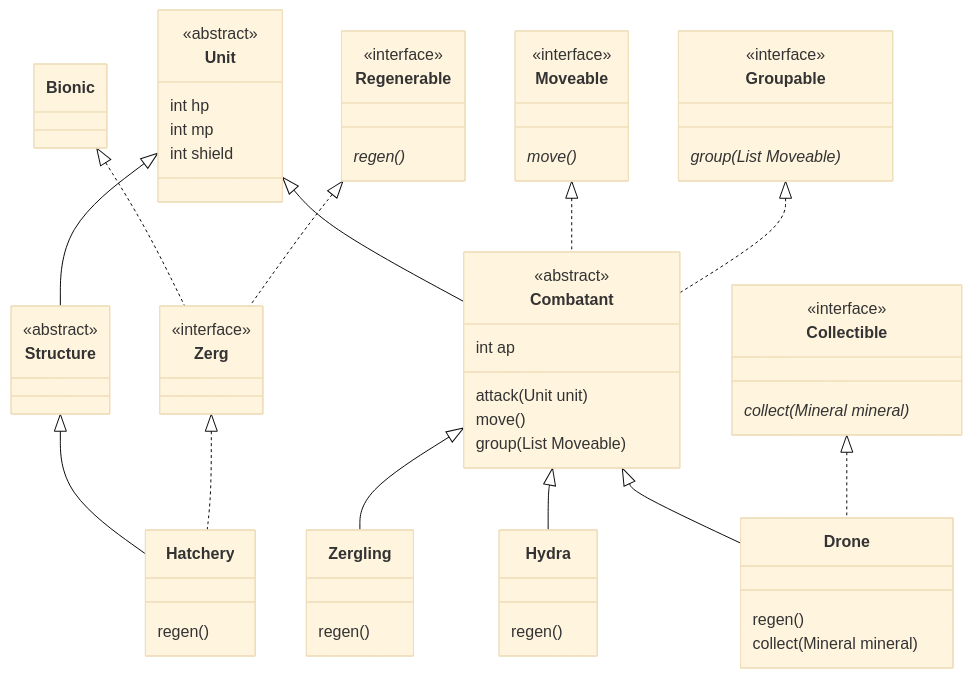
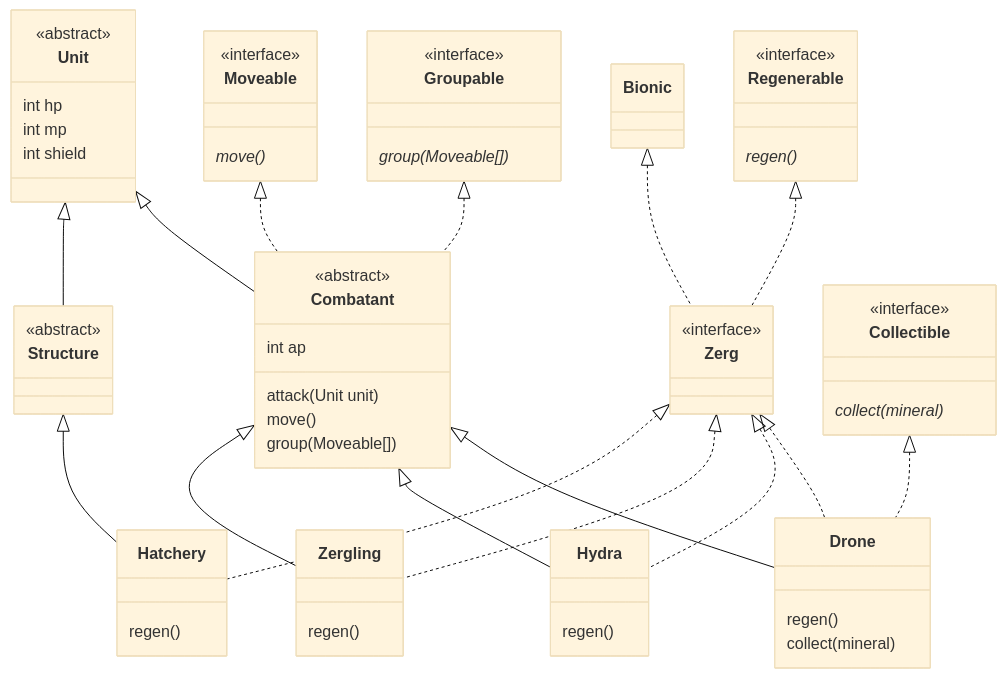
One commit to choiexe1/local changed the second of 3 diagrams in Daily/2025-03-20.md. Above: the diagram before and after it, drawn with Mermaid (base theme). The commit also changed other lines of this file and 1 other file, not shown here.

````diff
--- a/Daily/2025-03-20.md
+++ b/Daily/2025-03-20.md
@@ -104,77 +104,81 @@
 ```mermaid
 classDiagram
 
 class Unit {
 	<<abstract>>
 	int hp
 	int mp
 	int shield
 }
 
 class Structure {
 	<<abstract>>
 }
 
 class Combatant {
 	<<abstract>>
 	int ap
 	attack(Unit unit)
 	move()
-	group(List Moveable)
+	group(Moveable[])
 }
 
 class Moveable {
 	<<interface>>
 	move()*
 }
 
 class Groupable {
 	<<interface>>
-	group(List Moveable)*
+	group(Moveable[])*
 }
 
 class Regenerable {
 	<<interface>>
 	regen()*
 }
 
 class Zerg {
 	<<interface>>
 }
 
 class Collectible {
 	<<interface>>
-	collect(Mineral mineral)*
+	collect(mineral)*
 }
 
 class Hatchery {
 	regen()
 }
 
 class Drone {
 	regen()
-	collect(Mineral mineral)
+	collect(mineral)
 }
 
 class Hydra {
 	regen()
 }
 
 class Zergling {
 	regen()
 }
 
 Unit <|-- Structure
 Unit <|-- Combatant
 Structure <|-- Hatchery
 Zerg <|.. Hatchery
 Bionic <|.. Zerg
 Regenerable <|.. Zerg
 Moveable <|.. Combatant
 Groupable <|.. Combatant
 Combatant <|-- Zergling
 Combatant <|-- Hydra
 Combatant <|-- Drone
 Collectible <|.. Drone
 
+Zerg <|.. Zergling
+Zerg <|.. Hydra
+Zerg <|.. Drone
+
 ```
````
